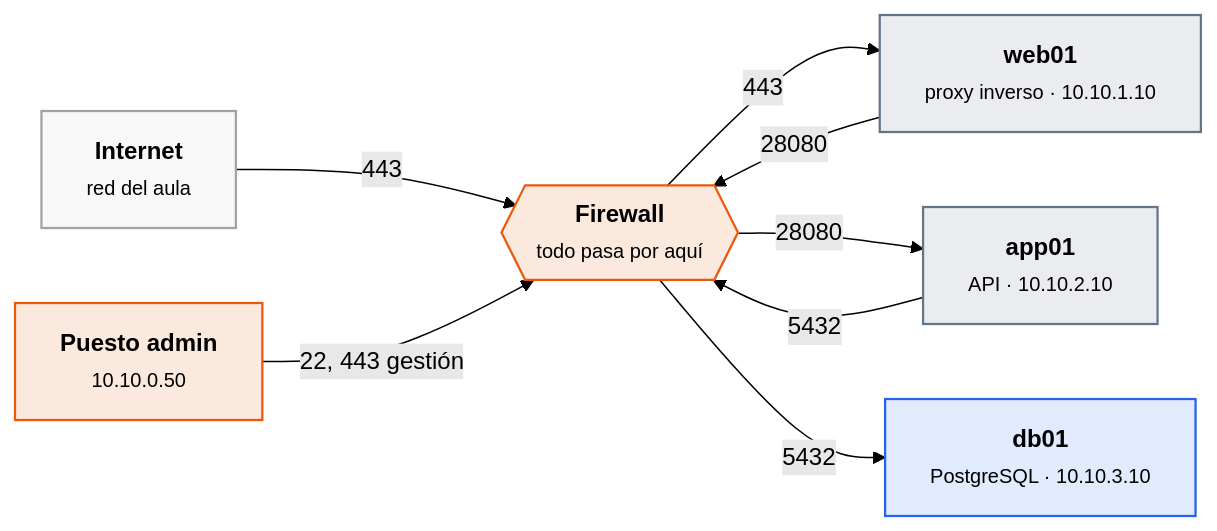
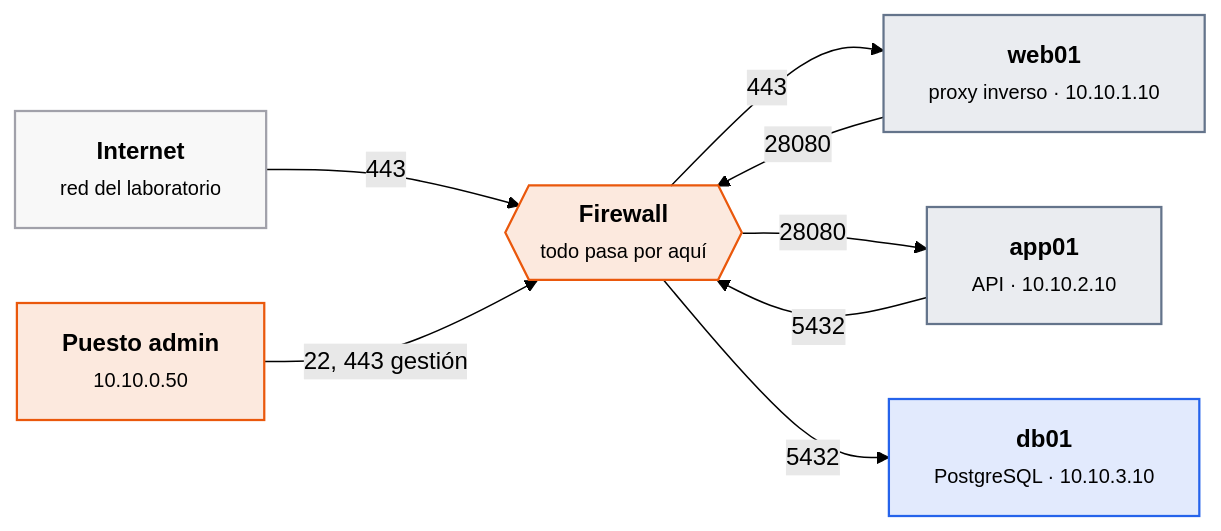
The first of 5 diagrams in docs/ut/ut3-seguridad-por-capas.md (victor-educ/apuntes-5166), drawn with Mermaid (forest theme) before and after one commit. The commit also changed other lines of this file and 12 other files, not shown here.

````diff
--- a/docs/ut/ut3-seguridad-por-capas.md
+++ b/docs/ut/ut3-seguridad-por-capas.md
@@ -58,22 +58,22 @@
 ```mermaid
 flowchart LR
-    INET["<b>Internet</b><br><small>red del aula</small>"]:::infra
+    INET["<b>Internet</b><br><small>red del laboratorio</small>"]:::infra
     FW{{"<b>Firewall</b><br><small>todo pasa por aquí</small>"}}:::act
     WEB["<b>web01</b><br><small>proxy inverso · 10.10.1.10</small>"]:::pieza
     APP["<b>app01</b><br><small>API · 10.10.2.10</small>"]:::pieza
     DB["<b>db01</b><br><small>PostgreSQL · 10.10.3.10</small>"]:::dato
     ADM["<b>Puesto admin</b><br><small>10.10.0.50</small>"]:::act
     INET -->|443| FW
     FW -->|443| WEB
     WEB -->|28080| FW
     FW -->|28080| APP
     APP -->|5432| FW
     FW -->|5432| DB
     ADM -->|22, 443 gestión| FW
     classDef act fill:#ea580c22,stroke:#ea580c,stroke-width:1.5px
     classDef pieza fill:#64748b22,stroke:#64748b,stroke-width:1.5px
     classDef dato fill:#2563eb22,stroke:#2563eb,stroke-width:1.5px
     classDef infra fill:#a1a1aa14,stroke:#a1a1aa,stroke-width:1.5px
     classDef ok fill:#16a34a22,stroke:#16a34a,stroke-width:1.5px
     classDef riesgo fill:#dc262622,stroke:#dc2626,stroke-width:1.5px
 ```
````
